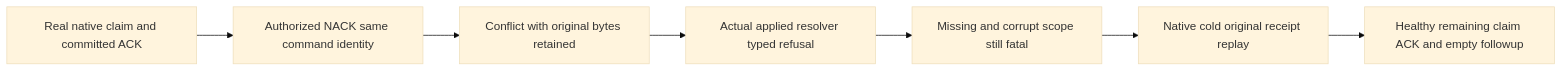
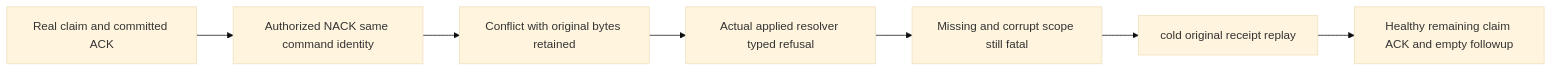
Before and after one commit to managedcode/KeyLoad: the diagram in docs/Features/ResourceExecution/AppliedOutcomeDefinitiveRefusals.md, drawn with Mermaid (base theme). The commit also changed other lines of this file and 9016 other files, not shown here.

````diff
--- a/docs/Features/ResourceExecution/AppliedOutcomeDefinitiveRefusals.md
+++ b/docs/Features/ResourceExecution/AppliedOutcomeDefinitiveRefusals.md
@@ -13,9 +13,9 @@
 ```mermaid
 flowchart LR
-    Ack[Real native claim and committed ACK] --> Changed[Authorized NACK same command identity]
+    Ack[Real claim and committed ACK] --> Changed[Authorized NACK same command identity]
     Changed --> Apply[Conflict with original bytes retained]
     Apply --> Resolve[Actual applied resolver typed refusal]
     Resolve --> Guards[Missing and corrupt scope still fatal]
-    Guards --> Cold[Native cold original receipt replay]
+    Guards --> Cold[cold original receipt replay]
     Cold --> Healthy[Healthy remaining claim ACK and empty followup]
 ```
````
